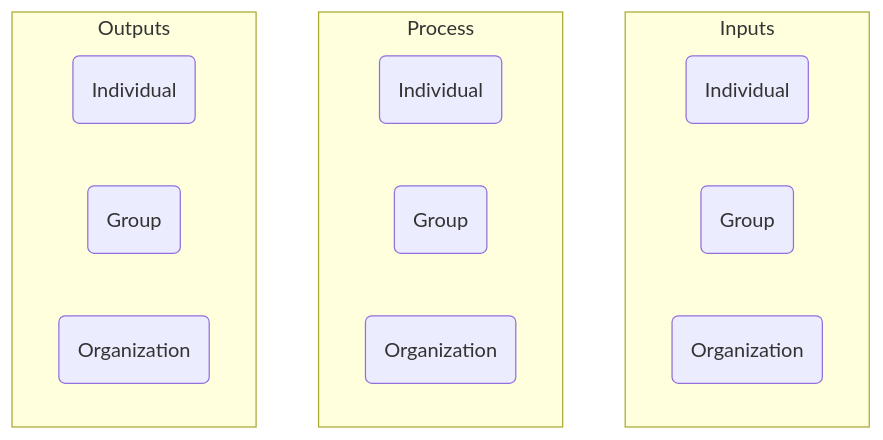
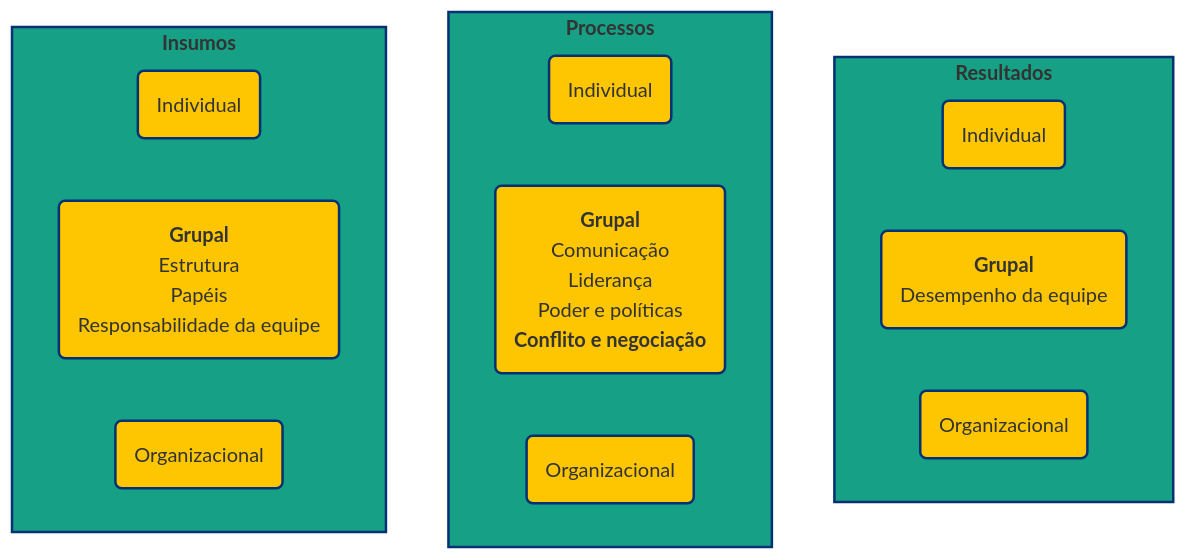
Before and after one commit to luifrancgom/ifpe-umng: the third of 3 diagrams in conflito_e_negociacao.qmd, drawn with Mermaid. The commit also changed 1 other file, not shown here.

Commit message:
adding basic behavioral organizational model

````diff
--- a/conflito_e_negociacao.qmd
+++ b/conflito_e_negociacao.qmd
@@ -85,23 +85,38 @@
 ```{mermaid}
 %%| label: fig-bo-model
 %%| fig-cap: Modelo Básico do Comportamento Organizacional [@robbins_organizational_2024, p. 61]
 %%| fig-height: 5
 flowchart TB
-    subgraph Inputs
-      a1(Individual) 
-      a2(Group) 
-      a3(Organization)
+    subgraph S3["`**Resultados**`"]
+      C1(Individual) 
+      C2("`**Grupal**
+      Desempenho da equipe`") 
+      C3(Organizacional)
+    end
+    
+    subgraph S2["`**Processos**`"]
+      B1(Individual) 
+      B2("`**Grupal**
+      Comunicação
+      Liderança
+      Poder e políticas
+      **Conflito e negociação**`") 
+      B3(Organizacional)
+    end
+    
+    subgraph S1["`**Insumos**`"]
+      A1(Individual) 
+      A2("`**Grupal**
+      Estrutura
+      Papéis
+      Responsabilidade da equipe`") 
+      A3(Organizacional)
     end
 
-    subgraph Process
-      b1(Individual) 
-      b2(Group) 
-      b3(Organization)
-    end
-
-    subgraph Outputs
-      c1(Individual) 
-      c2(Group) 
-      c3(Organization)
-    end
+    classDef UmngNode fill:#fdc600,stroke:#043074,stroke-width:2px;
+    class A1,A2,A3,B1,B2,B3,C1,C2,C3 UmngNode;
+    
+    style S1 fill:#16a085,stroke:#043074,stroke-width:2px
+    style S2 fill:#16a085,stroke:#043074,stroke-width:2px
+    style S3 fill:#16a085,stroke:#043074,stroke-width:2px
 ```
````
